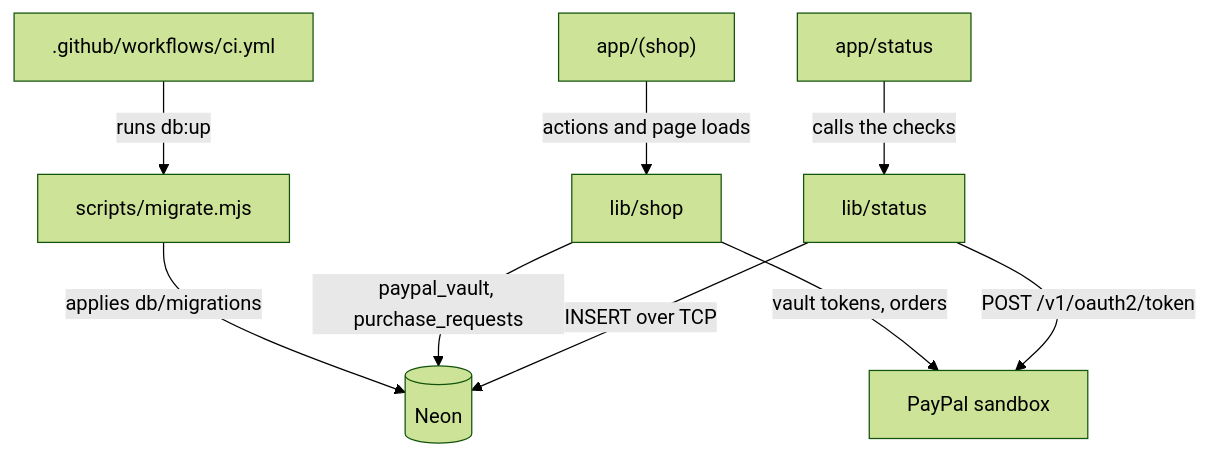
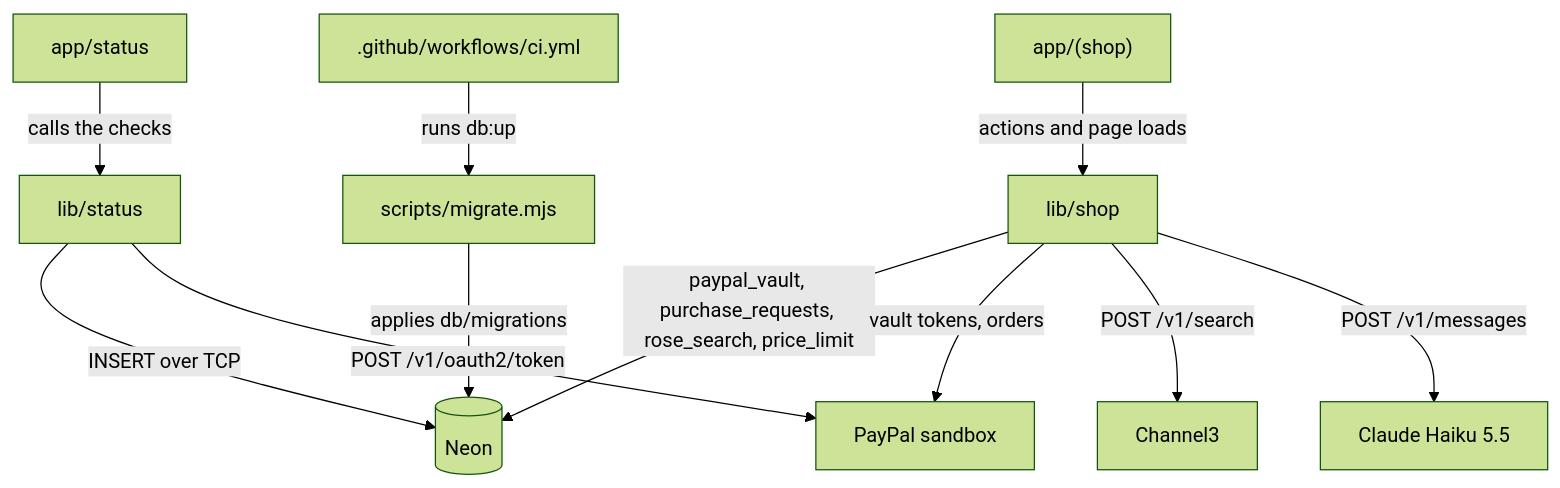
Before and after one commit to dzaffren/kincart: the second of 2 diagrams in docs/ARCHITECTURE.md, drawn with Mermaid (forest theme). The commit also changed other lines of this file and 40 other files, not shown here.

````diff
--- a/docs/ARCHITECTURE.md
+++ b/docs/ARCHITECTURE.md
@@ -21,11 +23,13 @@
 ```mermaid
 flowchart TB
     PAGE["app/status"] -- "calls the checks" --> LIB["lib/status"]
     LIB -- "INSERT over TCP" --> NEON[(Neon)]
     LIB -- "POST /v1/oauth2/token" --> PP[PayPal sandbox]
     SHOP["app/(shop)"] -- "actions and page loads" --> SLIB["lib/shop"]
-    SLIB -- "paypal_vault, purchase_requests" --> NEON
+    SLIB -- "paypal_vault, purchase_requests, rose_search, price_limit" --> NEON
     SLIB -- "vault tokens, orders" --> PP
+    SLIB -- "POST /v1/search" --> C3[Channel3]
+    SLIB -- "POST /v1/messages" --> CL[Claude Haiku 5.5]
     CI[".github/workflows/ci.yml"] -- "runs db:up" --> MIG["scripts/migrate.mjs"]
     MIG -- "applies db/migrations" --> NEON
 ```
````
